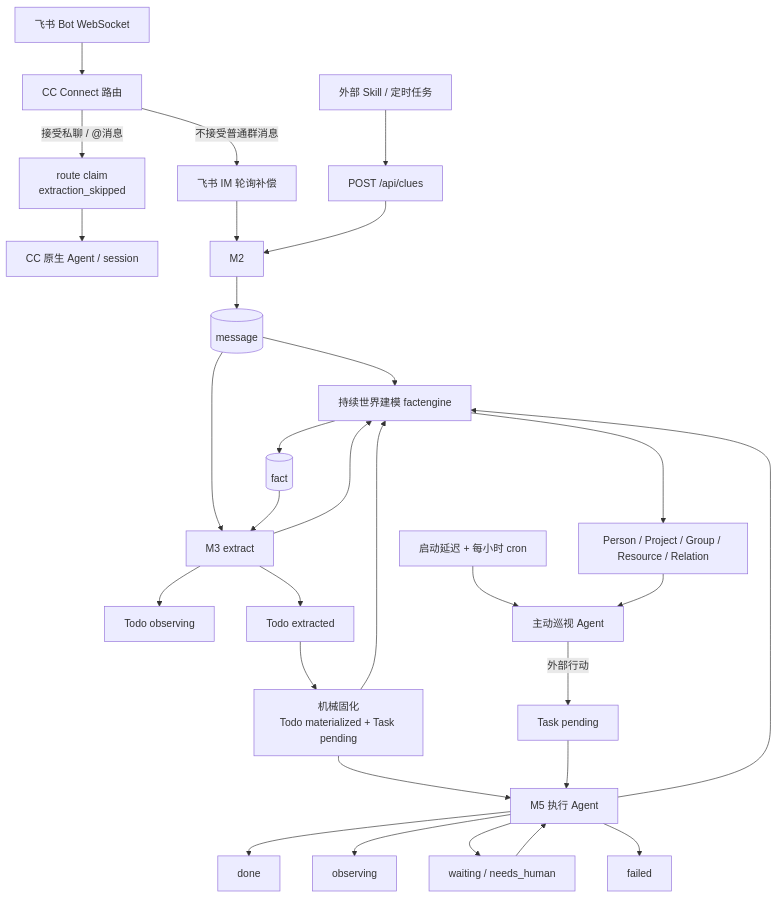
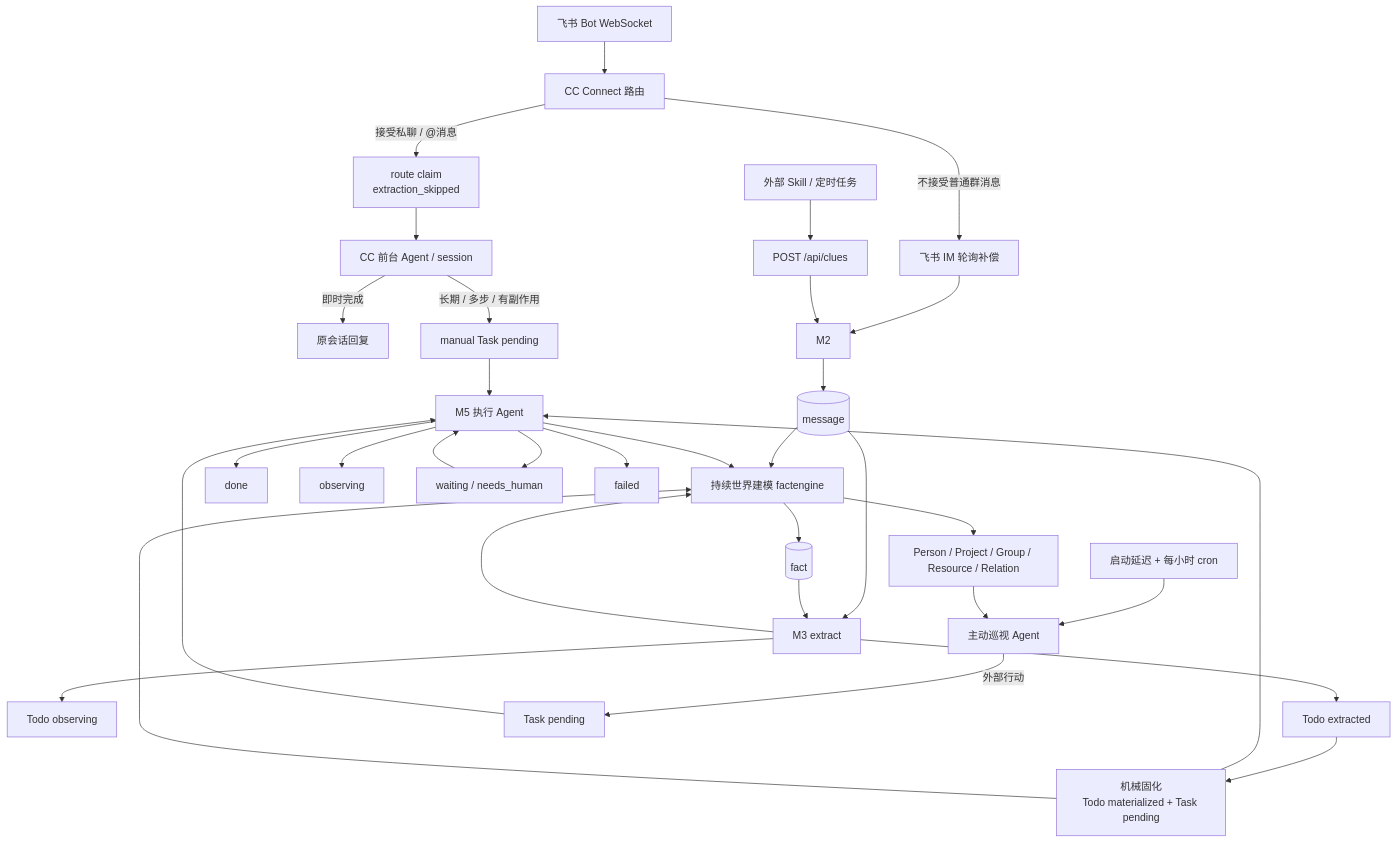
The second of 2 diagrams in docs/00-overview.md (mjscjj/jarvis), drawn with Mermaid before and after one commit. The commit also changed other lines of this file and 16 other files, not shown here.

````diff
--- a/docs/00-overview.md
+++ b/docs/00-overview.md
@@ -45,29 +45,31 @@
 ```mermaid
 flowchart TD
     EVENT["飞书 Bot WebSocket"] --> CC["CC Connect 路由"]
     CC -->|"接受私聊 / @消息"| CLAIM["route claim\nextraction_skipped"]
-    CLAIM --> CCA["CC 原生 Agent / session"]
+    CLAIM --> CCA["CC 前台 Agent / session"]
+    CCA -->|"即时完成"| REPLY["原会话回复"]
+    CCA -->|"长期 / 多步 / 有副作用"| CTASK["manual Task pending"] --> EXEC
     CC -->|"不接受普通群消息"| POLL
     POLL["飞书 IM 轮询补偿"] --> M2
     EXT["外部 Skill / 定时任务"] --> CLUE["POST /api/clues"] --> M2
     M2 --> MSG[("message")]
     MSG --> FACT["持续世界建模 factengine"] --> F[("fact")]
     MSG --> M3["M3 extract"]
     F --> M3
     M3 --> OBS0["Todo observing"]
     M3 --> EXT0["Todo extracted"]
     M3 --> FACT
     EXT0 --> MATERIALIZED["机械固化\nTodo materialized + Task pending"]
     MATERIALIZED --> EXEC["M5 执行 Agent"]
     MATERIALIZED --> FACT
     EXEC --> FACT
     EXEC --> DONE["done"]
     EXEC --> OBS2["observing"]
     EXEC --> WAIT["waiting / needs_human"]
     EXEC --> FAIL["failed"]
     WAIT --> EXEC
     CRON["启动延迟 + 每小时 cron"] --> PROACTIVE["主动巡视 Agent"]
     FACT --> WORLD["Person / Project / Group / Resource / Relation"]
     WORLD --> PROACTIVE
     PROACTIVE -->|"外部行动"| PTASK["Task pending"] --> EXEC
 ```
````
